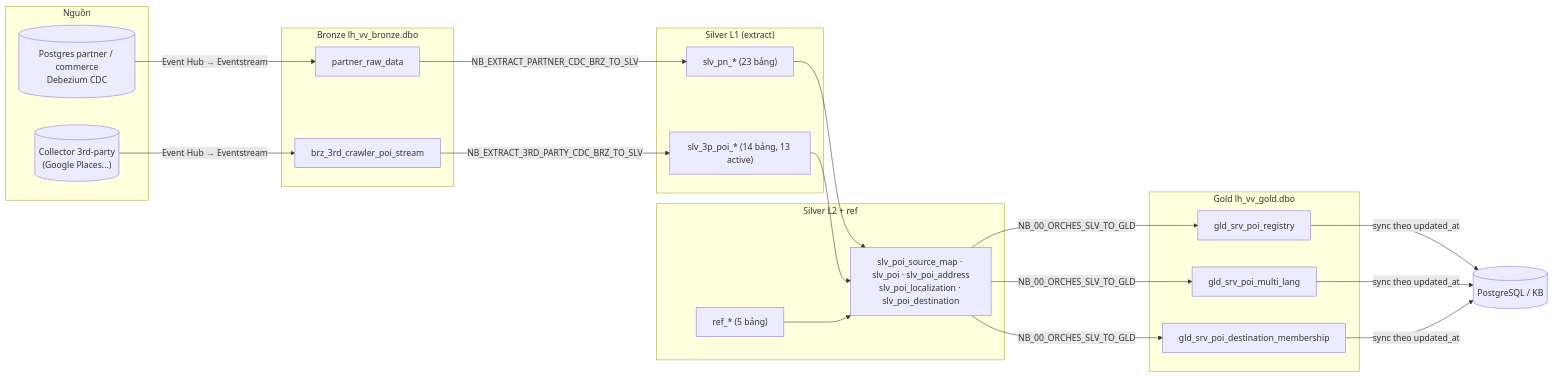
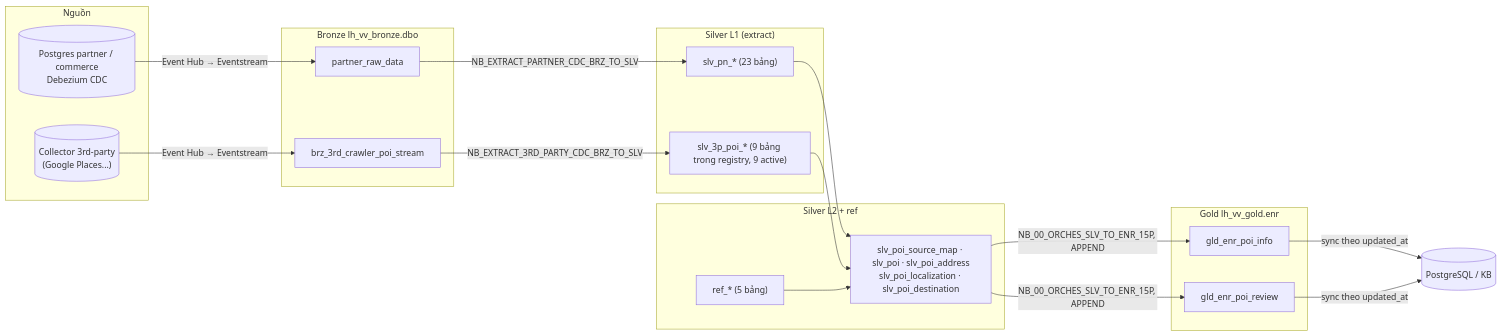
The diagram in docs/context/01_DATA_MODEL.md (iamhuybach/SunGrp_VSVN), drawn with Mermaid before and after one commit. The commit also changed other lines of this file and 26 other files, not shown here.

First line of the commit message:
docs: align agent context with the running enrichment flow

````diff
--- a/docs/context/01_DATA_MODEL.md
+++ b/docs/context/01_DATA_MODEL.md
@@ -38,33 +38,32 @@
 ```mermaid
 flowchart LR
   subgraph SRC["Nguồn"]
     PG[("Postgres partner / commerce<br/>Debezium CDC")]
     CR[("Collector 3rd-party<br/>(Google Places...)")]
   end
   subgraph BRZ["Bronze lh_vv_bronze.dbo"]
     R1["partner_raw_data"]
     R2["brz_3rd_crawler_poi_stream"]
   end
   subgraph L1["Silver L1 (extract)"]
     PN["slv_pn_* (23 bảng)"]
-    P3["slv_3p_poi_* (14 bảng, 13 active)"]
+    P3["slv_3p_poi_* (9 bảng trong registry, 9 active)"]
   end
   subgraph L2["Silver L2 + ref"]
     N["slv_poi_source_map · slv_poi · slv_poi_address<br/>slv_poi_localization · slv_poi_destination"]
     RF["ref_* (5 bảng)"]
   end
-  subgraph G["Gold lh_vv_gold.dbo"]
-    GR["gld_srv_poi_registry"]
-    GM["gld_srv_poi_multi_lang"]
-    GD["gld_srv_poi_destination_membership"]
+  subgraph G["Gold lh_vv_gold.enr"]
+    GI["gld_enr_poi_info"]
+    GV["gld_enr_poi_review"]
   end
   PG -->|Event Hub → Eventstream| R1
   CR -->|Event Hub → Eventstream| R2
   R1 -->|NB_EXTRACT_PARTNER_CDC_BRZ_TO_SLV| PN
   R2 -->|NB_EXTRACT_3RD_PARTY_CDC_BRZ_TO_SLV| P3
   PN --> N
   P3 --> N
   RF --> N
-  N -->|NB_00_ORCHES_SLV_TO_GLD| GR & GM & GD
-  GR & GM & GD -->|sync theo updated_at| OUT[("PostgreSQL / KB")]
+  N -->|NB_00_ORCHES_SLV_TO_ENR_15P, APPEND| GI & GV
+  GI & GV -->|sync theo updated_at| OUT[("PostgreSQL / KB")]
 ```
````
